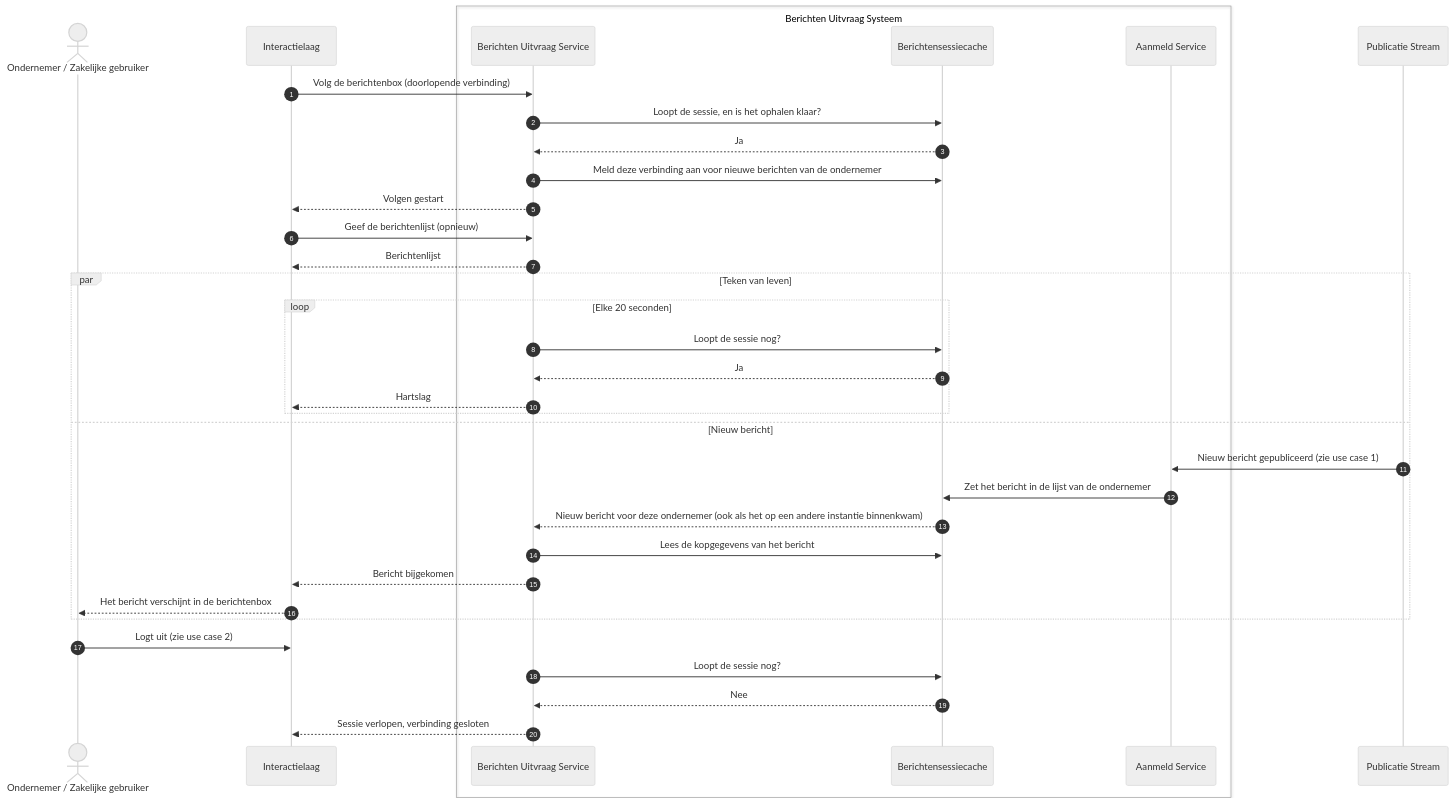
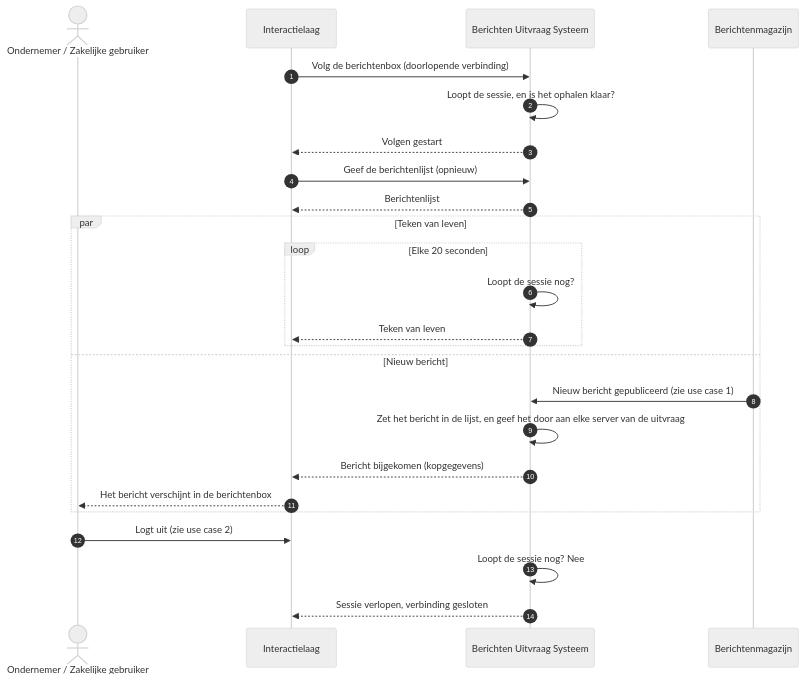
Before and after one commit to MinBZK/moza-poc-fbs-berichtenbox: the diagram in docs/architecture/workspace-docs/07-uc3-nieuwe-berichten-volgen.md, drawn with Mermaid (neutral theme). The commit also changed other lines of this file and 16 other files, not shown here.

````diff
--- a/docs/architecture/workspace-docs/07-uc3-nieuwe-berichten-volgen.md
+++ b/docs/architecture/workspace-docs/07-uc3-nieuwe-berichten-volgen.md
@@ -31,40 +31,30 @@
 ```mermaid
 sequenceDiagram
     autonumber
     actor OND as Ondernemer / Zakelijke gebruiker
     participant IL as Interactielaag
-    box Berichten Uitvraag Systeem
-        participant UV as Berichten Uitvraag Service
-        participant SC as Berichtensessiecache
-        participant AMS as Aanmeld Service
-    end
-    participant PUB as Publicatie Stream
+    participant FBS as Berichten Uitvraag Systeem
+    participant MAG as Berichtenmagazijn
 
-    IL->>UV: Volg de berichtenbox (doorlopende verbinding)
-    UV->>SC: Loopt de sessie, en is het ophalen klaar?
-    SC-->>UV: Ja
-    UV->>SC: Meld deze verbinding aan voor nieuwe berichten van de ondernemer
-    UV-->>IL: Volgen gestart
-    IL->>UV: Geef de berichtenlijst (opnieuw)
-    UV-->>IL: Berichtenlijst
+    IL->>FBS: Volg de berichtenbox (doorlopende verbinding)
+    FBS->>FBS: Loopt de sessie, en is het ophalen klaar?
+    FBS-->>IL: Volgen gestart
+    IL->>FBS: Geef de berichtenlijst (opnieuw)
+    FBS-->>IL: Berichtenlijst
 
     par Teken van leven
         loop Elke 20 seconden
-            UV->>SC: Loopt de sessie nog?
-            SC-->>UV: Ja
-            UV-->>IL: Hartslag
+            FBS->>FBS: Loopt de sessie nog?
+            FBS-->>IL: Teken van leven
         end
     and Nieuw bericht
-        PUB->>AMS: Nieuw bericht gepubliceerd (zie use case 1)
-        AMS->>SC: Zet het bericht in de lijst van de ondernemer
-        SC-->>UV: Nieuw bericht voor deze ondernemer (ook als het op een andere instantie binnenkwam)
-        UV->>SC: Lees de kopgegevens van het bericht
-        UV-->>IL: Bericht bijgekomen
+        MAG->>FBS: Nieuw bericht gepubliceerd (zie use case 1)
+        FBS->>FBS: Zet het bericht in de lijst, en geef het door aan elke server van de uitvraag
+        FBS-->>IL: Bericht bijgekomen (kopgegevens)
         IL-->>OND: Het bericht verschijnt in de berichtenbox
     end
 
     OND->>IL: Logt uit (zie use case 2)
-    UV->>SC: Loopt de sessie nog?
-    SC-->>UV: Nee
-    UV-->>IL: Sessie verlopen, verbinding gesloten
+    FBS->>FBS: Loopt de sessie nog? Nee
+    FBS-->>IL: Sessie verlopen, verbinding gesloten
 ```
````
